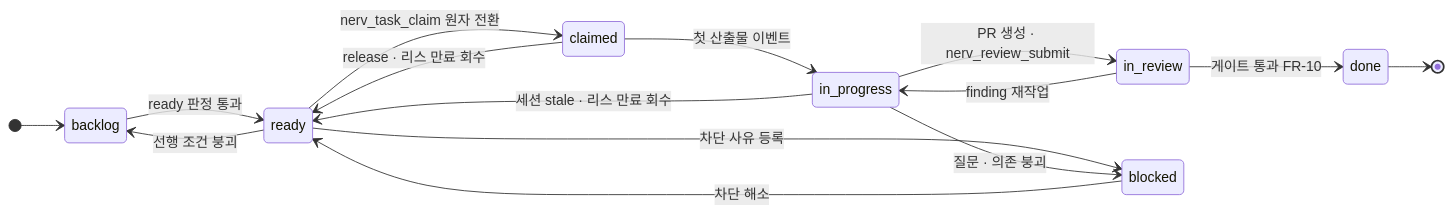
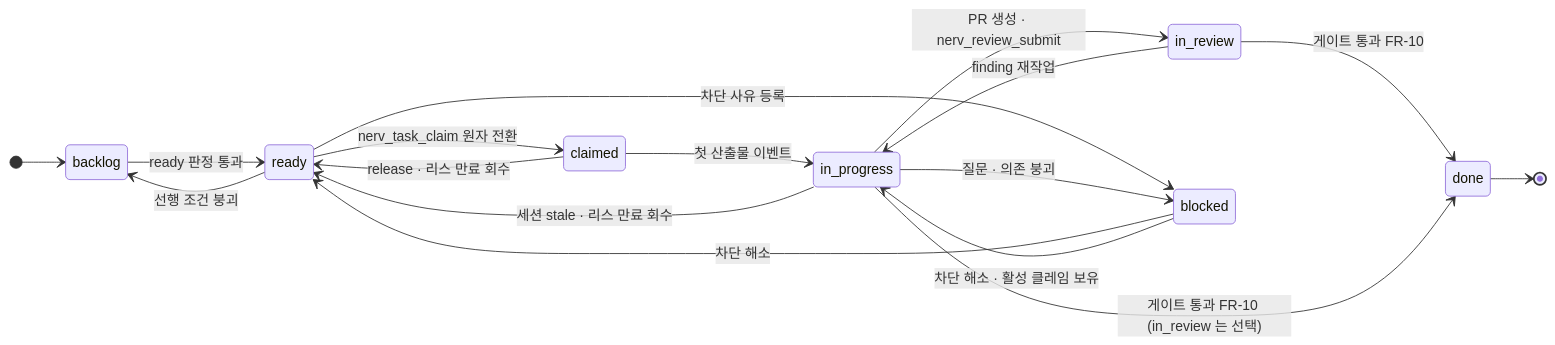
The third of 3 diagrams in docs/03-proposal/spec-workflow.md (worker-ants/nerv), drawn with Mermaid before and after one commit. The commit also changed other lines of this file and 75 other files, not shown here.

````diff
--- a/docs/03-proposal/spec-workflow.md
+++ b/docs/03-proposal/spec-workflow.md
@@ -127,18 +129,20 @@
 ```mermaid
 stateDiagram-v2
     direction LR
     [*] --> backlog
     backlog --> ready: ready 판정 통과
     ready --> backlog: 선행 조건 붕괴
     ready --> claimed: nerv_task_claim 원자 전환
     claimed --> in_progress: 첫 산출물 이벤트
     claimed --> ready: release · 리스 만료 회수
     in_progress --> ready: 세션 stale · 리스 만료 회수
     in_progress --> in_review: PR 생성 · nerv_review_submit
     in_review --> in_progress: finding 재작업
     in_review --> done: 게이트 통과 FR-10
+    in_progress --> done: 게이트 통과 FR-10 (in_review 는 선택)
     ready --> blocked: 차단 사유 등록
     in_progress --> blocked: 질문 · 의존 붕괴
     blocked --> ready: 차단 해소
+    blocked --> in_progress: 차단 해소 · 활성 클레임 보유
     done --> [*]
 ```
````
